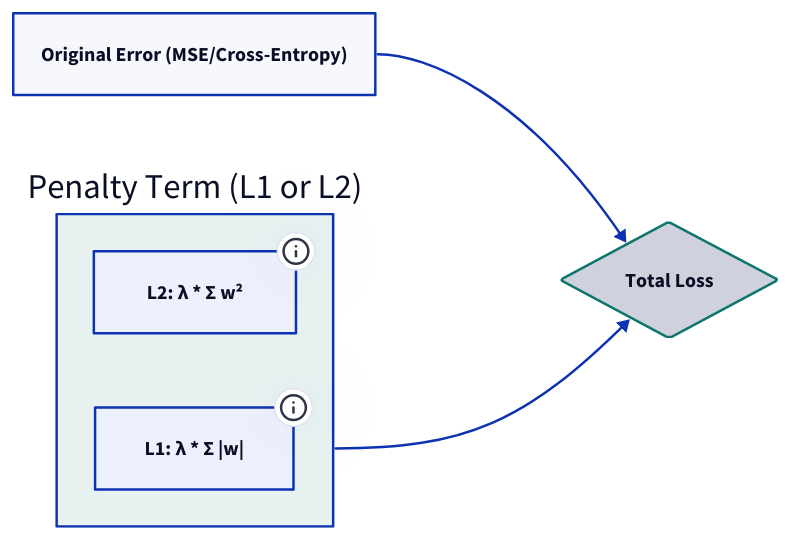
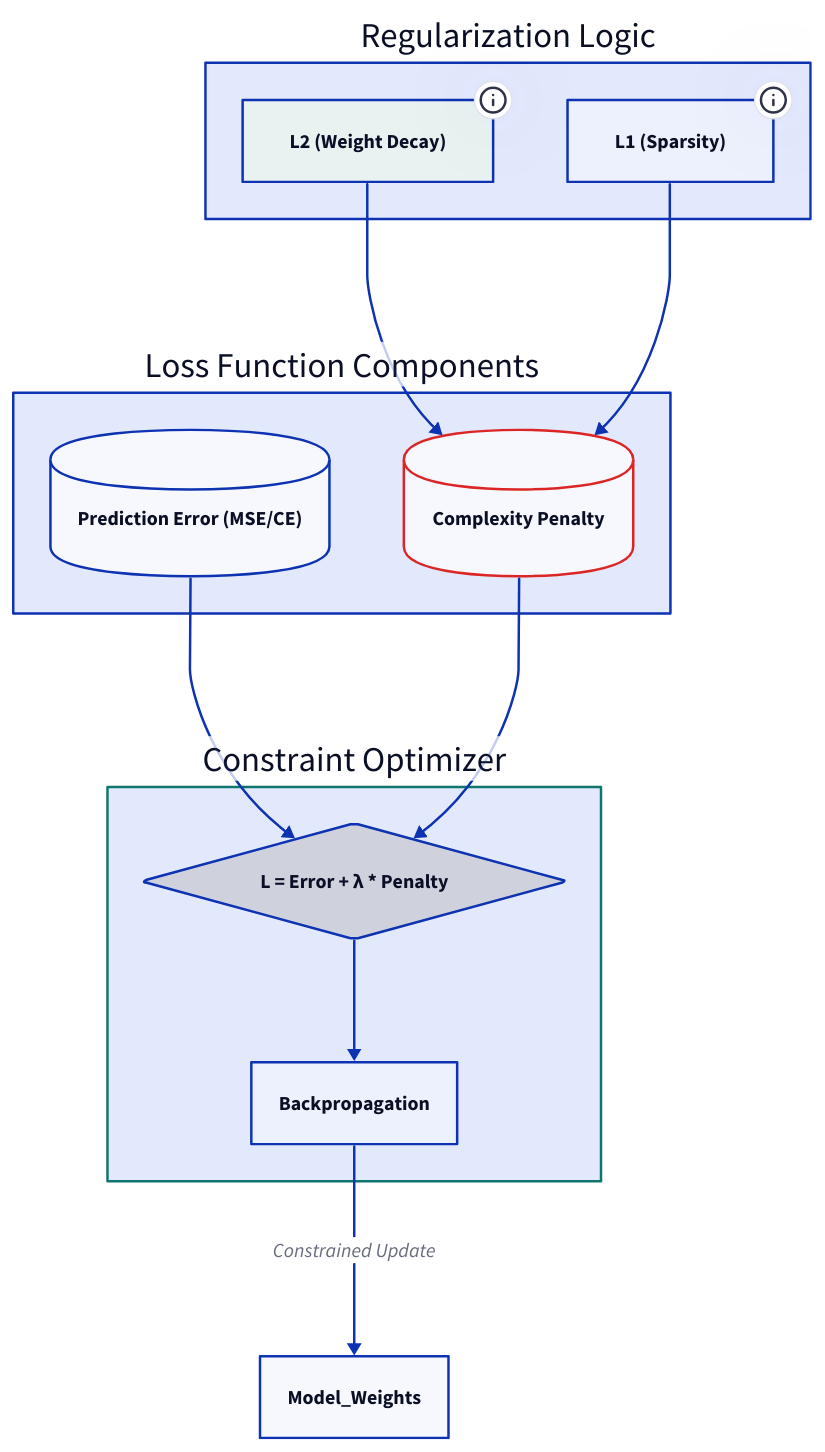
One commit to s-chudmunge/eulerfold changed the diagram in content/articles/regularization.md. Above: the diagram before and after it, drawn with D2. The commit also changed 45 other files, not shown here.

````diff
--- a/content/articles/regularization.md
+++ b/content/articles/regularization.md
@@ -26,21 +26,39 @@
 ```d2
-direction: right
-Loss: "Total Loss" {
-  shape: diamond
-}
-Original: "Original Error (MSE/Cross-Entropy)"
-Penalty: "Penalty Term (L1 or L2)"
+direction: down
 
-Original -> Loss
-Penalty -> Loss
-
-Penalty.L2: "L2: λ * Σ w²" {
-  tooltip: "Smoothly reduces weights"
-}
-Penalty.L1: "L1: λ * Σ |w|" {
-  tooltip: "Encourages sparsity (zeros)"
+Loss_Inputs: "Loss Function Components" {
+  Error: "Prediction Error (MSE/CE)" {shape: cylinder}
+  Penalty: "Complexity Penalty" {
+    shape: cylinder
+    style: {stroke: "#dc2626"}
+  }
 }
 
-Loss.style: {stroke: "#0F766E"}
-Penalty.style: {fill: "#e8f2f1"}
+Optimizer: "Constraint Optimizer" {
+  style: {
+    stroke: "#0f766e"
+    stroke-width: 2
+  }
+  Total_Loss: "L = Error + λ * Penalty" {shape: diamond}
+  Gradient: "Backpropagation"
+  Total_Loss -> Gradient
+}
+
+Penalty_Types: "Regularization Logic" {
+  L2: "L2 (Weight Decay)" {
+    tooltip: "λ * Σ w²"
+    style: {fill: "#e8f2f1"}
+  }
+  L1: "L1 (Sparsity)" {
+    tooltip: "λ * Σ |w|"
+  }
+}
+
+Loss_Inputs.Error -> Optimizer.Total_Loss
+Loss_Inputs.Penalty -> Optimizer.Total_Loss
+
+Penalty_Types.L2 -> Loss_Inputs.Penalty
+Penalty_Types.L1 -> Loss_Inputs.Penalty
+
+Optimizer.Gradient -> Model_Weights: "Constrained Update"
 ```
````
